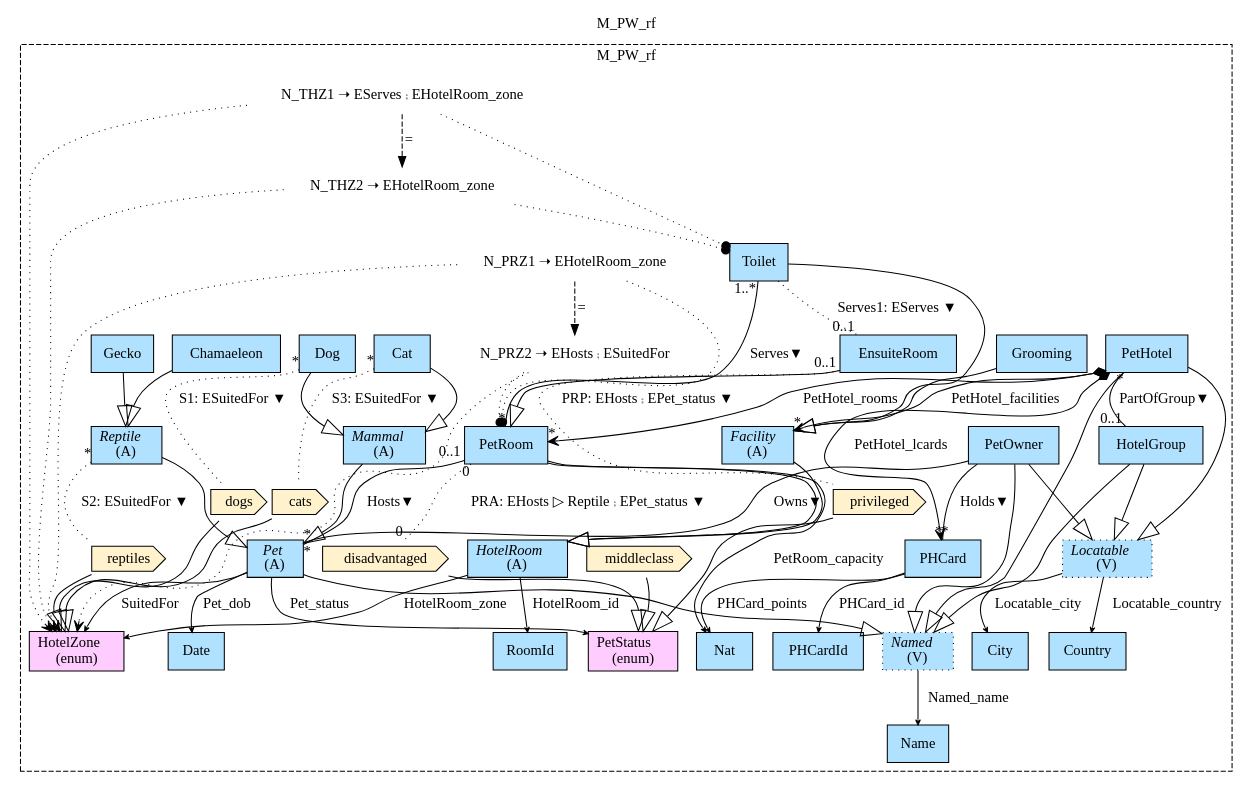
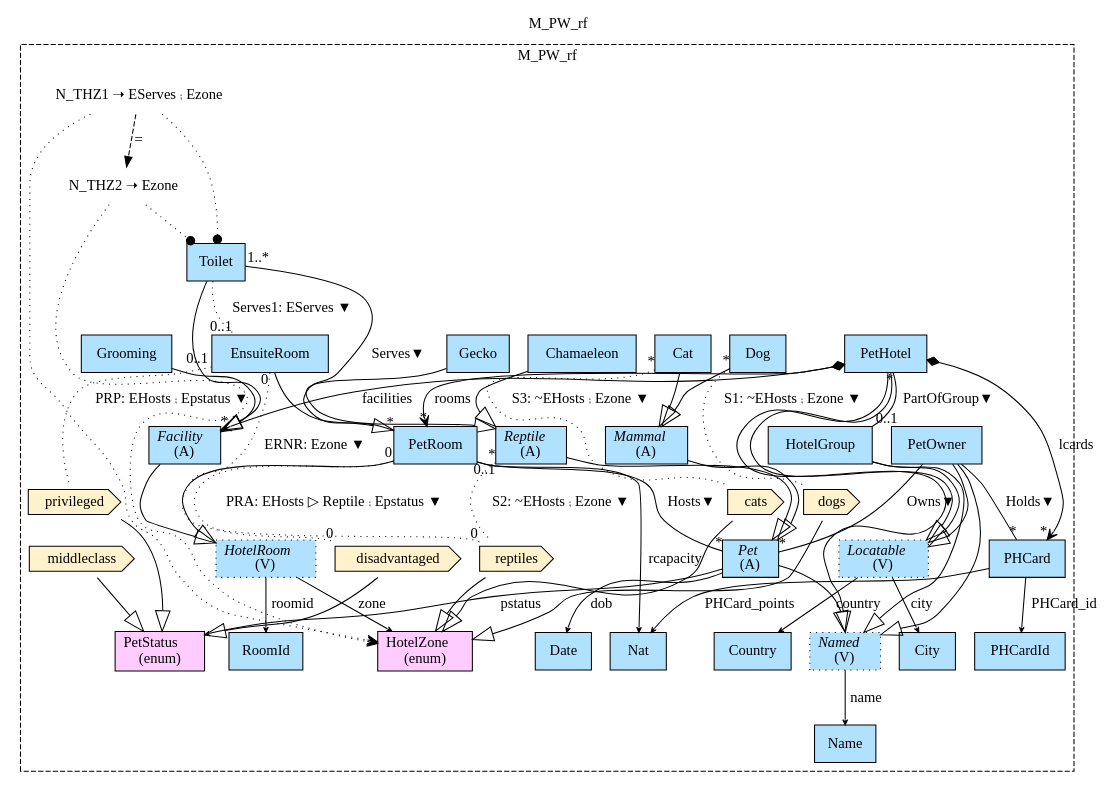
One commit to namalio/Fragmenta changed the diagram in Haskell/FragmentaTests/PetsWorld/img/M_PW_rf.gv. Above: the diagram before and after it, drawn with Graphviz. The commit also changed 25 other files, not shown here.

```diff
--- a/Haskell/FragmentaTests/PetsWorld/img/M_PW_rf.gv
+++ b/Haskell/FragmentaTests/PetsWorld/img/M_PW_rf.gv
@@ -1,107 +1,98 @@
 digraph {graph[label=M_PW_rf,labelloc=tl,labelfontsize=12];
 subgraph cluster_M_PW_rf{style=dashed;label=M_PW_rf;
 "Name"[shape=record,fillcolor=lightskyblue1,style = filled,label="Name"];
 "Country"[shape=record,fillcolor=lightskyblue1,style = filled,label="Country"];
 "City"[shape=record,fillcolor=lightskyblue1,style = filled,label="City"];
 "Date"[shape=record,fillcolor=lightskyblue1,style = filled,label="Date"];
 "PetOwner"[shape=record,fillcolor=lightskyblue1,style = filled,label="PetOwner"];
 "middleclass"[shape=cds,fillcolor="#FFF2CC",style = filled,label="middleclass"];
 "PetStatus"[shape=record,fillcolor="#FFCCFF",style = filled,label="PetStatus\l(enum)"];
 "Mammal"[shape=record,fillcolor=lightskyblue1,style = filled,label=<{<I>Mammal</I><br/>(A)}>];
 "Chamaeleon"[shape=record,fillcolor=lightskyblue1,style = filled,label="Chamaeleon"];
 "Gecko"[shape=record,fillcolor=lightskyblue1,style = filled,label="Gecko"];
 "RoomId"[shape=record,fillcolor=lightskyblue1,style = filled,label="RoomId"];
 "dogs"[shape=cds,fillcolor="#FFF2CC",style = filled,label="dogs"];
-"reptiles"[shape=cds,fillcolor="#FFF2CC",style = filled,label="reptiles"];
 "cats"[shape=cds,fillcolor="#FFF2CC",style = filled,label="cats"];
 "PHCardId"[shape=record,fillcolor=lightskyblue1,style = filled,label="PHCardId"];
 "PetHotel"[shape=record,fillcolor=lightskyblue1,style = filled,label="PetHotel"];
 "HotelGroup"[shape=record,fillcolor=lightskyblue1,style = filled,label="HotelGroup"];
 "Grooming"[shape=record,fillcolor=lightskyblue1,style = filled,label="Grooming"];
 "Toilet"[shape=record,fillcolor=lightskyblue1,style = filled,label="Toilet"];
 "Pet"[shape=record,fillcolor=lightskyblue1,style = filled,label=<{<I>Pet</I><br/>(A)}>];
 "Dog"[shape=record,fillcolor=lightskyblue1,style = filled,label="Dog"];
 "Reptile"[shape=record,fillcolor=lightskyblue1,style = filled,label=<{<I>Reptile</I><br/>(A)}>];
 "Cat"[shape=record,fillcolor=lightskyblue1,style = filled,label="Cat"];
 "Named"[shape=record,fillcolor=lightskyblue1,style ="filled,dotted",label=<{<I>Named</I><br/>(V)}>];
 "Locatable"[shape=record,fillcolor=lightskyblue1,style ="filled,dotted",label=<{<I>Locatable</I><br/>(V)}>];
-"HotelRoom"[shape=record,fillcolor=lightskyblue1,style = filled,label=<{<I>HotelRoom</I><br/>(A)}>];
+"HotelRoom"[shape=record,fillcolor=lightskyblue1,style ="filled,dotted",label=<{<I>HotelRoom</I><br/>(V)}>];
 "PHCard"[shape=record,fillcolor=lightskyblue1,style = filled,label="PHCard"];
 "Nat"[shape=record,fillcolor=lightskyblue1,style = filled,label="Nat"];
+"HotelZone"[shape=record,fillcolor="#FFCCFF",style = filled,label="HotelZone\l(enum)"];
 "Facility"[shape=record,fillcolor=lightskyblue1,style = filled,label=<{<I>Facility</I><br/>(A)}>];
 "PetRoom"[shape=record,fillcolor=lightskyblue1,style = filled,label="PetRoom"];
-"HotelZone"[shape=record,fillcolor="#FFCCFF",style = filled,label="HotelZone\l(enum)"];
 "EnsuiteRoom"[shape=record,fillcolor=lightskyblue1,style = filled,label="EnsuiteRoom"];
 "disadvantaged"[shape=cds,fillcolor="#FFF2CC",style = filled,label="disadvantaged"];
 "privileged"[shape=cds,fillcolor="#FFF2CC",style = filled,label="privileged"];
+"reptiles"[shape=cds,fillcolor="#FFF2CC",style = filled,label="reptiles"];
 
-"Named"->"Name"[label="Named_name",arrowhead=vee,headlabel="",arrowsize=.5];
-"Locatable"->"Country"[label="Locatable_country",arrowhead=vee,headlabel="",arrowsize=.5];
-"Locatable"->"City"[label="Locatable_city",arrowhead=vee,headlabel="",arrowsize=.5];
-"Pet"->"Date"[label="Pet_dob",arrowhead=vee,headlabel="",arrowsize=.5];
+"Named"->"Name"[label="name",arrowhead=vee,headlabel="",arrowsize=.5];
+"Locatable"->"Country"[label="country",arrowhead=vee,headlabel="",arrowsize=.5];
+"Locatable"->"City"[label="city",arrowhead=vee,headlabel="",arrowsize=.5];
+"Pet"->"Date"[label="dob",arrowhead=vee,headlabel="",arrowsize=.5];
 "PetOwner"->"Pet"[label="Owns▼",dir=none,taillabel="",headlabel="*"];
 "PetOwner"->"PHCard"[label="Holds▼",dir=none,taillabel="",headlabel="*"];
 "Pet"->"Named"[arrowhead=onormal,arrowsize=2.0];
 "PetOwner"->"Named"[arrowhead=onormal,arrowsize=2.0];
 "PetOwner"->"Locatable"[arrowhead=onormal,arrowsize=2.0];
 "privileged"->"PetStatus"[arrowhead=onormal,arrowsize=2.0];
 "middleclass"->"PetStatus"[arrowhead=onormal,arrowsize=2.0];
 "disadvantaged"->"PetStatus"[arrowhead=onormal,arrowsize=2.0];
-"Pet"->"PetStatus"[label="Pet_status",arrowhead=vee,headlabel="",arrowsize=.5];
+"Pet"->"PetStatus"[label="pstatus",arrowhead=vee,headlabel="",arrowsize=.5];
 "Mammal"->"Pet"[arrowhead=onormal,arrowsize=2.0];
 "Reptile"->"Pet"[arrowhead=onormal,arrowsize=2.0];
 "Dog"->"Mammal"[arrowhead=onormal,arrowsize=2.0];
 "Cat"->"Mammal"[arrowhead=onormal,arrowsize=2.0];
 "Chamaeleon"->"Reptile"[arrowhead=onormal,arrowsize=2.0];
 "Gecko"->"Reptile"[arrowhead=onormal,arrowsize=2.0];
 "dogs"->"HotelZone"[arrowhead=onormal,arrowsize=2.0];
 "reptiles"->"HotelZone"[arrowhead=onormal,arrowsize=2.0];
 "cats"->"HotelZone"[arrowhead=onormal,arrowsize=2.0];
 "PetRoom"->"Pet"[label="Hosts▼",dir=none,taillabel="0..1",headlabel="*"];
-"Pet"->"HotelZone"[label="SuitedFor",arrowhead=vee,headlabel="",arrowsize=.5];
-"HotelRoom"->"RoomId"[label="HotelRoom_id",arrowhead=vee,headlabel="",arrowsize=.5];
-"HotelRoom"->"HotelZone"[label="HotelRoom_zone",arrowhead=vee,headlabel="",arrowsize=.5];
-"Dog"->"dogs"[label="S1: ESuitedFor ▼",dir=none,taillabel="*",headlabel="",style=dotted];
-"Reptile"->"reptiles"[label="S2: ESuitedFor ▼",dir=none,taillabel="*",headlabel="",style=dotted];
-"Cat"->"cats"[label="S3: ESuitedFor ▼",dir=none,taillabel="*",headlabel="",style=dotted];
+"HotelRoom"->"RoomId"[label="roomid",arrowhead=vee,headlabel="",arrowsize=.5];
+"HotelRoom"->"HotelZone"[label="zone",arrowhead=vee,headlabel="",arrowsize=.5];
+"Dog"->"dogs"[label="S1: ~EHosts ⨾ Ezone ▼",dir=none,taillabel="*",headlabel="",style=dotted];
+"Reptile"->"reptiles"[label="S2: ~EHosts ⨾ Ezone ▼",dir=none,taillabel="*",headlabel="",style=dotted];
+"Cat"->"cats"[label="S3: ~EHosts ⨾ Ezone ▼",dir=none,taillabel="*",headlabel="",style=dotted];
 "PetRoom"->"HotelRoom"[arrowhead=onormal,arrowsize=2.0];
 "PetHotel"->"HotelGroup"[label="PartOfGroup▼",dir=none,taillabel="*",headlabel="0..1"];
-"PetHotel"->"PHCard"[label="PetHotel_lcards",arrowhead=vee,arrowtail=diamond,dir=both,headlabel="*"];
-"PetHotel"->"Facility"[label="PetHotel_facilities",arrowhead=vee,arrowtail=diamond,dir=both,headlabel="*"];
-"PetHotel"->"PetRoom"[label="PetHotel_rooms",arrowhead=vee,arrowtail=diamond,dir=both,headlabel="*"];
+"PetHotel"->"PHCard"[label="lcards",arrowhead=vee,arrowtail=diamond,dir=both,headlabel="*"];
+"PetHotel"->"Facility"[label="facilities",arrowhead=vee,arrowtail=diamond,dir=both,headlabel="*"];
+"PetHotel"->"PetRoom"[label="rooms",arrowhead=vee,arrowtail=diamond,dir=both,headlabel="*"];
 "PHCard"->"Nat"[label="PHCard_points",arrowhead=vee,headlabel="",arrowsize=.5];
 "PHCard"->"PHCardId"[label="PHCard_id",arrowhead=vee,headlabel="",arrowsize=.5];
 "PetHotel"->"Named"[arrowhead=onormal,arrowsize=2.0];
 "PetHotel"->"Locatable"[arrowhead=onormal,arrowsize=2.0];
 "HotelGroup"->"Named"[arrowhead=onormal,arrowsize=2.0];
 "HotelGroup"->"Locatable"[arrowhead=onormal,arrowsize=2.0];
 "Facility"->"HotelRoom"[arrowhead=onormal,arrowsize=2.0];
-"PetRoom"->"Nat"[label="PetRoom_capacity",arrowhead=vee,headlabel="",arrowsize=.5];
+"PetRoom"->"Nat"[label="rcapacity",arrowhead=vee,headlabel="",arrowsize=.5];
 "EnsuiteRoom"->"PetRoom"[arrowhead=onormal,arrowsize=2.0];
 "Toilet"->"Facility"[arrowhead=onormal,arrowsize=2.0];
 "Grooming"->"Facility"[arrowhead=onormal,arrowsize=2.0];
 "Toilet"->"PetRoom"[label="Serves▼",dir=none,taillabel="1..*",headlabel="*"];
 "Toilet"->"EnsuiteRoom"[label="Serves1: EServes ▼",dir=none,taillabel="",headlabel="0..1",style=dotted];
-"N_THZ1"[shape=none,label="N_THZ1 ➝ EServes ⨾ EHotelRoom_zone"];
+"N_THZ1"[shape=none,label="N_THZ1 ➝ EServes ⨾ Ezone"];
 "N_THZ1"->"Toilet"[arrowhead=dot,style=dotted];
 "N_THZ1"->"HotelZone"[arrowhead=vee,style=dotted];
 
-"N_THZ2"[shape=none,label="N_THZ2 ➝ EHotelRoom_zone"];
+"N_THZ2"[shape=none,label="N_THZ2 ➝ Ezone"];
 "N_THZ2"->"Toilet"[arrowhead=dot,style=dotted];
 "N_THZ2"->"HotelZone"[arrowhead=vee,style=dotted];
 
-"PetRoom"->"disadvantaged"[label="PRA: EHosts ▷ Reptile ⨾ EPet_status ▼",dir=none,taillabel="0",headlabel="0",style=dotted];
-"EnsuiteRoom"->"privileged"[label="PRP: EHosts ⨾ EPet_status ▼",dir=none,taillabel="0..1",headlabel="",style=dotted];
-"N_PRZ1"[shape=none,label="N_PRZ1 ➝ EHotelRoom_zone"];
-"N_PRZ1"->"PetRoom"[arrowhead=dot,style=dotted];
-"N_PRZ1"->"HotelZone"[arrowhead=vee,style=dotted];
-
-"N_PRZ2"[shape=none,label="N_PRZ2 ➝ EHosts ⨾ ESuitedFor"];
-"N_PRZ2"->"PetRoom"[arrowhead=dot,style=dotted];
-"N_PRZ2"->"HotelZone"[arrowhead=vee,style=dotted];
-
+"PetRoom"->"disadvantaged"[label="PRA: EHosts ▷ Reptile ⨾ Epstatus ▼",dir=none,taillabel="0",headlabel="0",style=dotted];
+"EnsuiteRoom"->"privileged"[label="PRP: EHosts ⨾ Epstatus ▼",dir=none,taillabel="0..1",headlabel="",style=dotted];
+"EnsuiteRoom"->"reptiles"[label="ERNR: Ezone ▼",dir=none,taillabel="0",headlabel="0",style=dotted];
 "N_THZ1"->"N_THZ2"[arrowhead=normal,style=dashed, label = "="];
-"N_PRZ1"->"N_PRZ2"[arrowhead=normal,style=dashed, label = "="];
 
 }
 }
```
